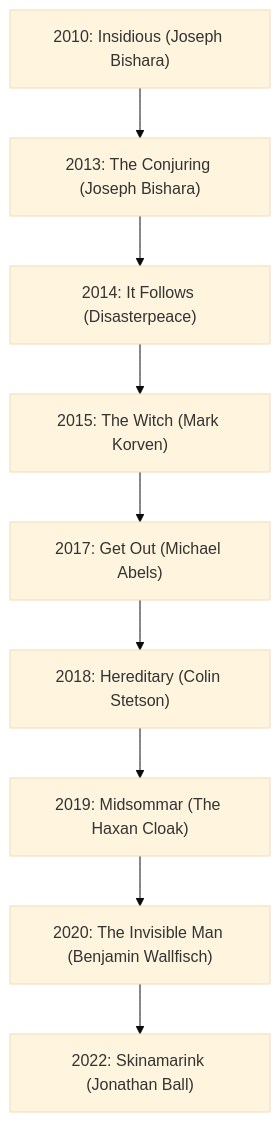
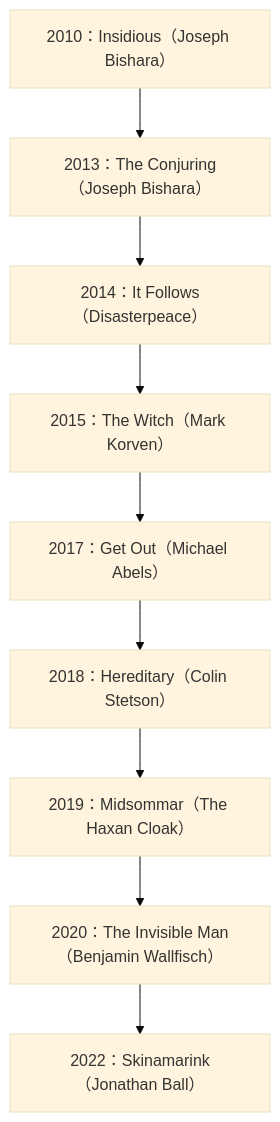
The diagram in en/_posts/2025-10-10-Colum-Horror-Soundtrack.md (monumental-movement/monumental-movement.github.io), drawn with Mermaid (base theme) before and after one commit. The commit also changed other lines of this file and 1724 other files, not shown here.

```diff
--- a/en/_posts/2025-10-10-Colum-Horror-Soundtrack.md
+++ b/en/_posts/2025-10-10-Colum-Horror-Soundtrack.md
@@ -179,16 +177,16 @@
 <div class="mermaid">
 
 flowchart TD
-A2010["2010: Insidious (Joseph Bishara)"]
-A2013["2013: The Conjuring (Joseph Bishara)"]
-A2014["2014: It Follows (Disasterpeace)"]
-A2015["2015: The Witch (Mark Korven)"]
-A2017["2017: Get Out (Michael Abels)"]
-A2018["2018: Hereditary (Colin Stetson)"]
-A2019["2019: Midsommar (The Haxan Cloak)"]
-A2020["2020: The Invisible Man (Benjamin Wallfisch)"]
-A2022["2022: Skinamarink (Jonathan Ball)"]
-A2010 --> A2013 --> A2014 --> A2015 --> A2017 --> A2018 --> A2019 --> A2020 --> A2022
+    A2010["2010：Insidious（Joseph Bishara）"]
+    A2013["2013：The Conjuring（Joseph Bishara）"]
+    A2014["2014：It Follows（Disasterpeace）"]
+    A2015["2015：The Witch（Mark Korven）"]
+    A2017["2017：Get Out（Michael Abels）"]
+    A2018["2018：Hereditary（Colin Stetson）"]
+    A2019["2019：Midsommar（The Haxan Cloak）"]
+    A2020["2020：The Invisible Man（Benjamin Wallfisch）"]
+    A2022["2022：Skinamarink（Jonathan Ball）"]
+    A2010 --> A2013 --> A2014 --> A2015 --> A2017 --> A2018 --> A2019 --> A2020 --> A2022
 
 
 </div>
```
